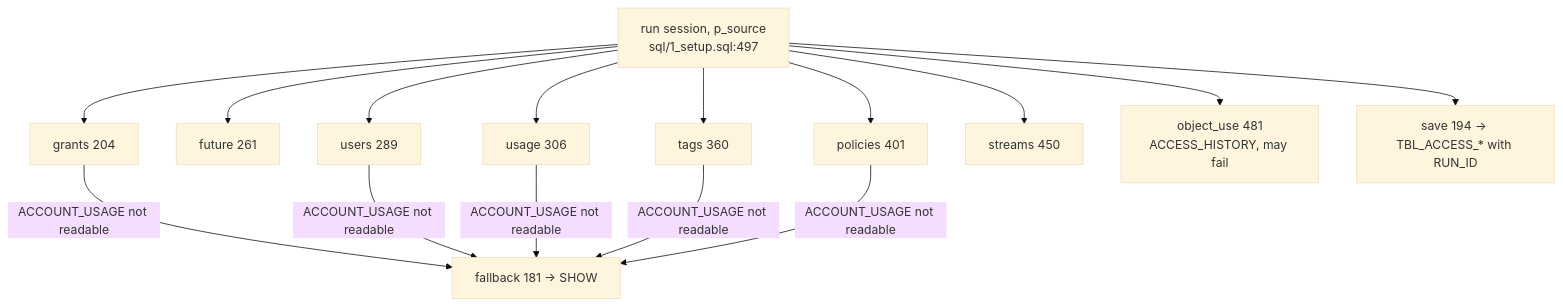
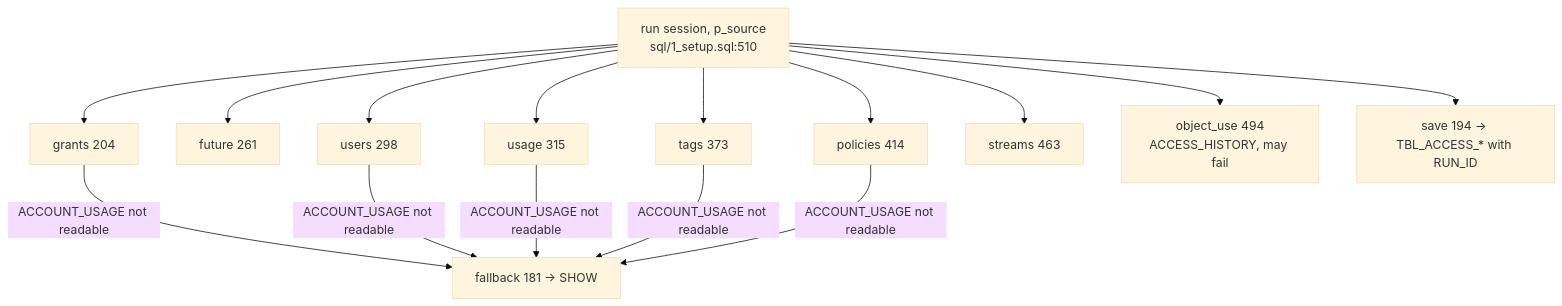
Before and after one commit to darshanmeel/snowflake-access-explorer: the second of 2 diagrams in snowflake-access-explorer-knowledge-graph/modules/sql.md, drawn with Mermaid (base theme). The commit also changed other lines of this file and 147 other files, not shown here.

````diff
--- a/snowflake-access-explorer-knowledge-graph/modules/sql.md
+++ b/snowflake-access-explorer-knowledge-graph/modules/sql.md
@@ -47,13 +47,13 @@
 ```mermaid
 flowchart TD
-  RUN[run session, p_source<br/>sql/1_setup.sql:497] --> G[grants 204]
+  RUN[run session, p_source<br/>sql/1_setup.sql:510] --> G[grants 204]
   RUN --> FU[future 261]
-  RUN --> U[users 289]
-  RUN --> US[usage 306]
-  RUN --> TG[tags 360]
-  RUN --> PO[policies 401]
-  RUN --> STR[streams 450]
-  RUN --> OU[object_use 481<br/>ACCESS_HISTORY, may fail]
+  RUN --> U[users 298]
+  RUN --> US[usage 315]
+  RUN --> TG[tags 373]
+  RUN --> PO[policies 414]
+  RUN --> STR[streams 463]
+  RUN --> OU[object_use 494<br/>ACCESS_HISTORY, may fail]
   G & U & US & TG & PO -->|ACCOUNT_USAGE not readable| FB[fallback 181 -> SHOW]
   RUN --> SV[save 194 -> TBL_ACCESS_* with RUN_ID]
 ```
````
